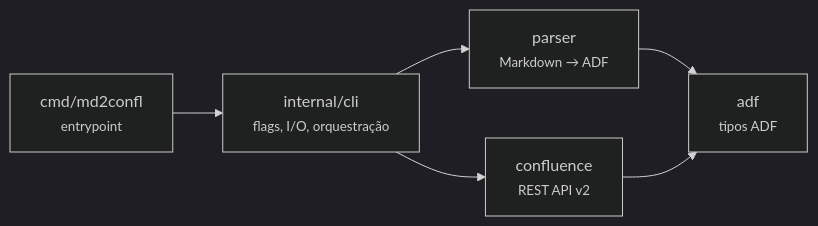
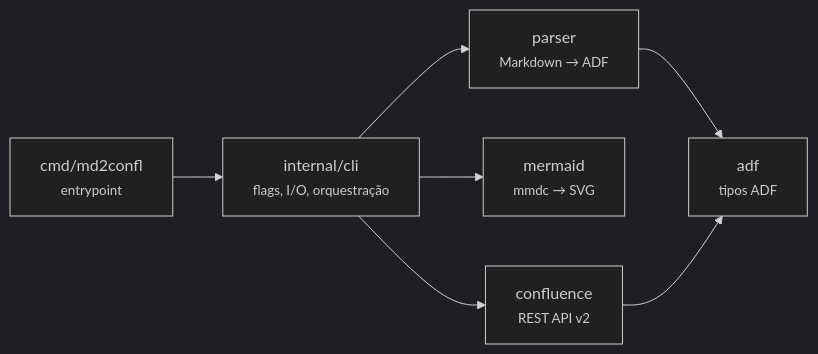
One commit to fmnapoli/md2confl changed the first of 4 diagrams in README.md. Above: the diagram before and after it, drawn with Mermaid (dark theme). The commit also changed other lines of this file, not shown here.

First line of the commit message:
docs: update README with mmdc prerequisite and mermaid in flow diagrams

````diff
--- a/README.md
+++ b/README.md
@@ -25,14 +25,16 @@
 ```mermaid
 graph LR
     main["cmd/md2confl<br/><small>entrypoint</small>"]
     cli["internal/cli<br/><small>flags, I/O, orquestração</small>"]
     parser["parser<br/><small>Markdown → ADF</small>"]
+    mermaid["mermaid<br/><small>mmdc → SVG</small>"]
     confluence["confluence<br/><small>REST API v2</small>"]
     adf["adf<br/><small>tipos ADF</small>"]
 
     main --> cli
     cli --> parser
+    cli --> mermaid
     cli --> confluence
     parser --> adf
     confluence --> adf
 ```
````
